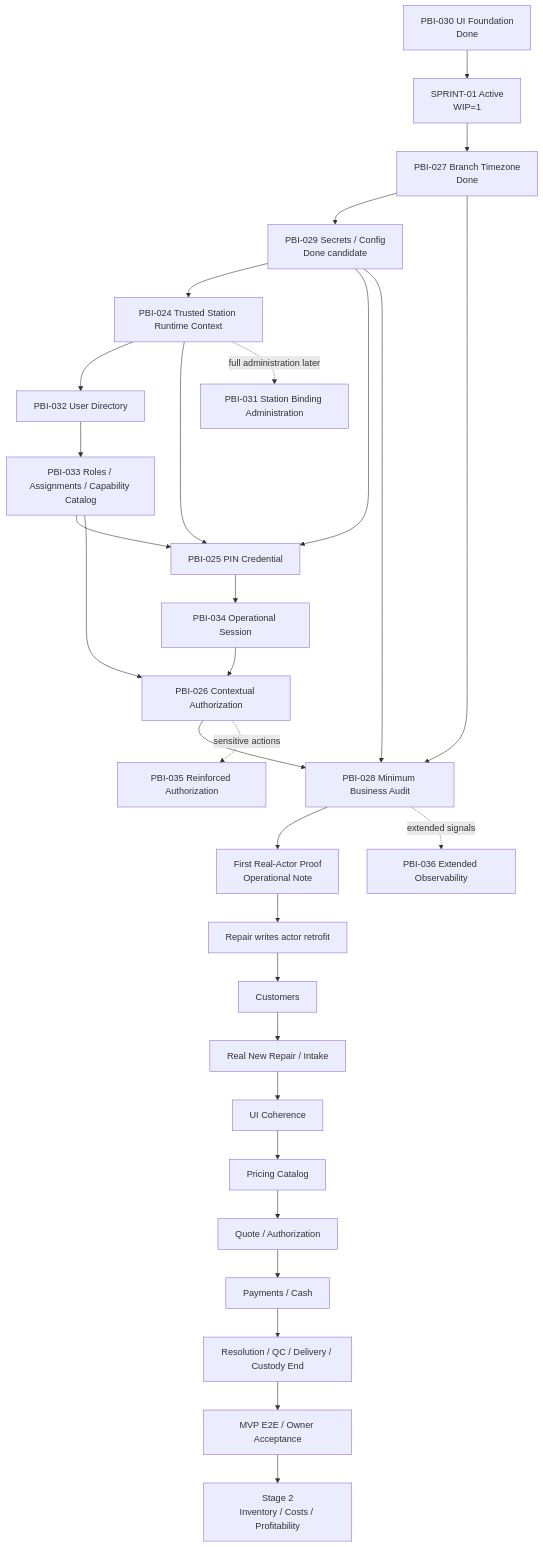
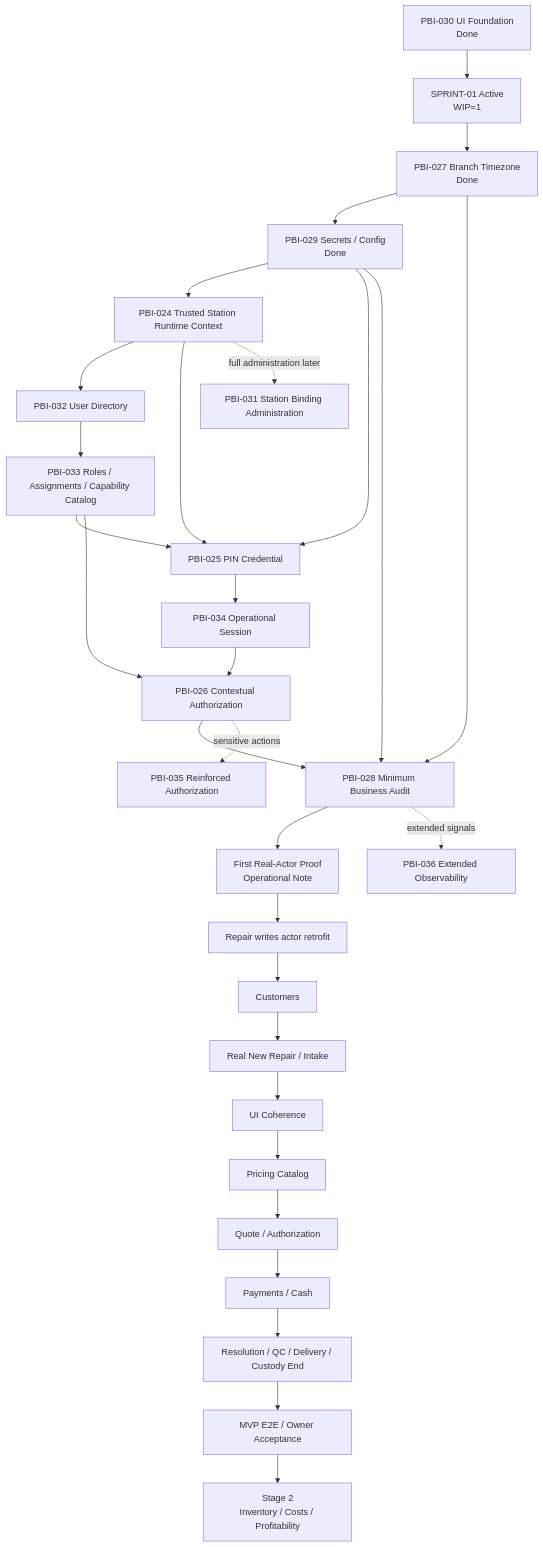
One commit to luisgtzaviles/SrTaller-2.0 changed the diagram in docs/backlog/DEPENDENCY_MAP.md. Above: the diagram before and after it, drawn with Mermaid. The commit also changed other lines of this file and 21 other files, not shown here.

````diff
--- a/docs/backlog/DEPENDENCY_MAP.md
+++ b/docs/backlog/DEPENDENCY_MAP.md
@@ -13,32 +13,32 @@
 ```mermaid
 flowchart TD
     P30[PBI-030 UI Foundation<br/>Done] --> S1[SPRINT-01 Active<br/>WIP=1]
     S1 --> P27[PBI-027 Branch Timezone<br/>Done]
-    P27 --> P29[PBI-029 Secrets / Config<br/>Done candidate]
+    P27 --> P29[PBI-029 Secrets / Config<br/>Done]
     P29 --> P24[PBI-024 Trusted Station Runtime Context]
     P24 --> P32[PBI-032 User Directory]
     P32 --> P33[PBI-033 Roles / Assignments / Capability Catalog]
     P33 --> P25[PBI-025 PIN Credential]
     P24 --> P25
     P29 --> P25
     P25 --> P34[PBI-034 Operational Session]
     P34 --> P26[PBI-026 Contextual Authorization]
     P33 --> P26
     P26 --> P28[PBI-028 Minimum Business Audit]
     P27 --> P28
     P29 --> P28
     P28 --> NOTE[First Real-Actor Proof<br/>Operational Note]
     NOTE --> RETRO[Repair writes actor retrofit]
     RETRO --> CUSTOMERS[Customers]
     CUSTOMERS --> INTAKE[Real New Repair / Intake]
     INTAKE --> POLISH[UI Coherence]
     POLISH --> PRICING[Pricing Catalog]
     PRICING --> QUOTE[Quote / Authorization]
     QUOTE --> MONEY[Payments / Cash]
     MONEY --> DELIVERY[Resolution / QC / Delivery / Custody End]
     DELIVERY --> MVP[MVP E2E / Owner Acceptance]
     P24 -. full administration later .-> P31[PBI-031 Station Binding Administration]
     P26 -. sensitive actions .-> P35[PBI-035 Reinforced Authorization]
     P28 -. extended signals .-> P36[PBI-036 Extended Observability]
     MVP --> STAGE2[Stage 2<br/>Inventory / Costs / Profitability]
 ```
````
